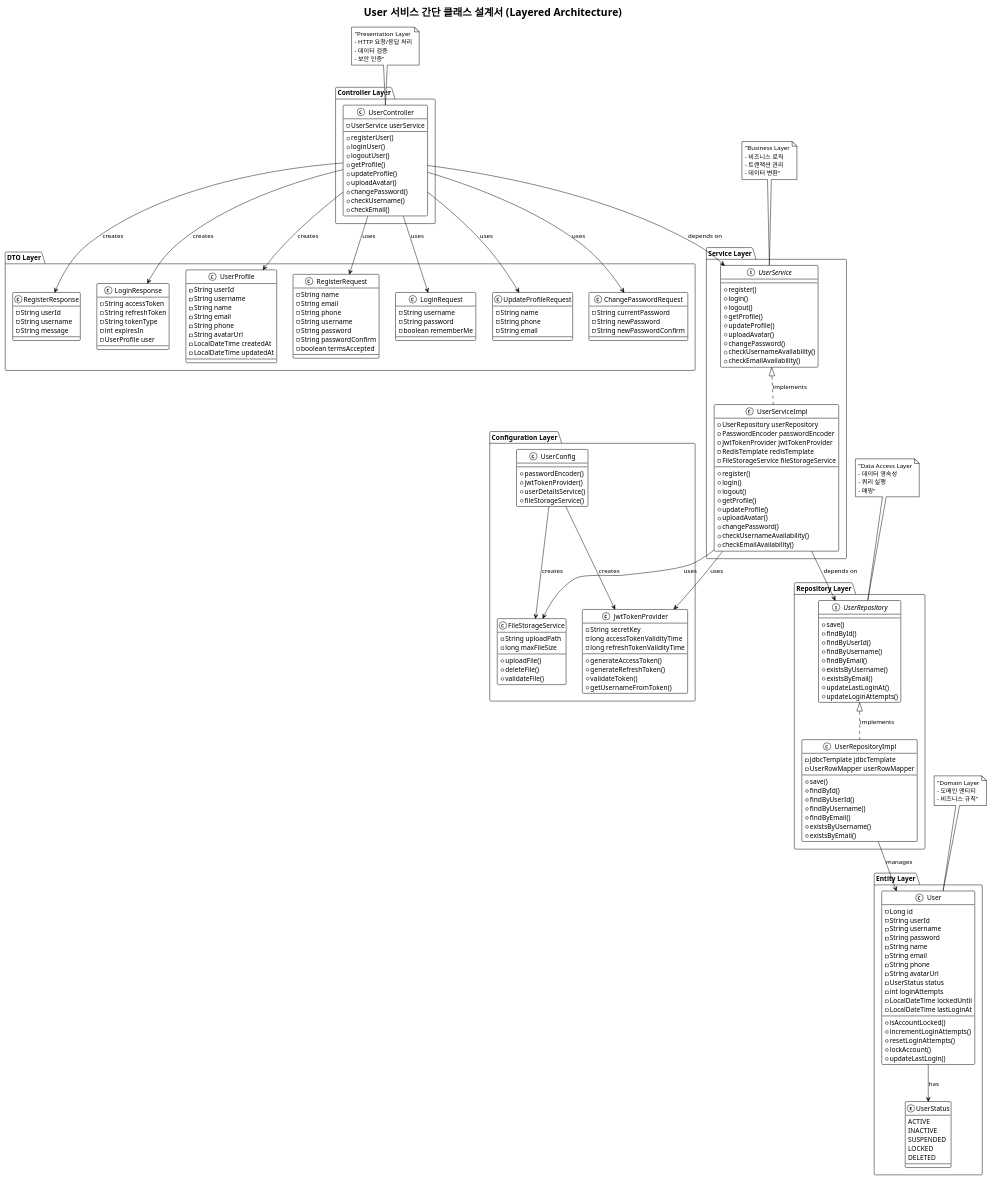
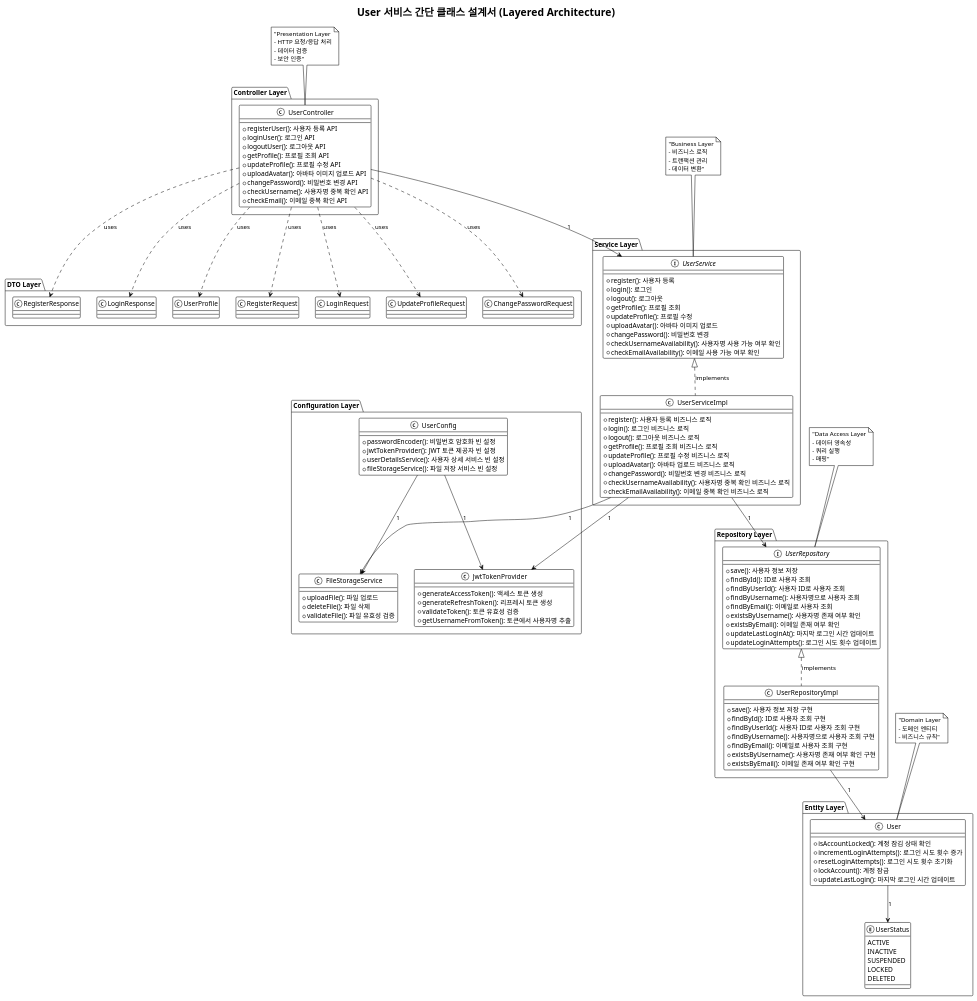
Before and after one commit to cna-bootcamp/tripgen: the diagram in design/backend/class/user-simple.puml, drawn with PlantUML. The commit also changed 4 other files, not shown here.

```diff
--- a/design/backend/class/user-simple.puml
+++ b/design/backend/class/user-simple.puml
@@ -8,95 +8,75 @@
 ' ======================================
 package "Controller Layer" {
     class UserController {
-        -UserService userService
-        +registerUser()
-        +loginUser()
-        +logoutUser()
-        +getProfile()
-        +updateProfile()
-        +uploadAvatar()
-        +changePassword()
-        +checkUsername()
-        +checkEmail()
+        +registerUser(): 사용자 등록 API
+        +loginUser(): 로그인 API
+        +logoutUser(): 로그아웃 API
+        +getProfile(): 프로필 조회 API
+        +updateProfile(): 프로필 수정 API
+        +uploadAvatar(): 아바타 이미지 업로드 API
+        +changePassword(): 비밀번호 변경 API
+        +checkUsername(): 사용자명 중복 확인 API
+        +checkEmail(): 이메일 중복 확인 API
     }
 }
 
 package "Service Layer" {
     interface UserService {
-        +register()
-        +login()
-        +logout()
-        +getProfile()
-        +updateProfile()
-        +uploadAvatar()
-        +changePassword()
-        +checkUsernameAvailability()
-        +checkEmailAvailability()
+        +register(): 사용자 등록
+        +login(): 로그인
+        +logout(): 로그아웃
+        +getProfile(): 프로필 조회
+        +updateProfile(): 프로필 수정
+        +uploadAvatar(): 아바타 이미지 업로드
+        +changePassword(): 비밀번호 변경
+        +checkUsernameAvailability(): 사용자명 사용 가능 여부 확인
+        +checkEmailAvailability(): 이메일 사용 가능 여부 확인
     }
     
     class UserServiceImpl {
-        -UserRepository userRepository
-        -PasswordEncoder passwordEncoder
-        -JwtTokenProvider jwtTokenProvider
-        -RedisTemplate redisTemplate
-        -FileStorageService fileStorageService
-        +register()
-        +login()
-        +logout()
-        +getProfile()
-        +updateProfile()
-        +uploadAvatar()
-        +changePassword()
-        +checkUsernameAvailability()
-        +checkEmailAvailability()
+        +register(): 사용자 등록 비즈니스 로직
+        +login(): 로그인 비즈니스 로직
+        +logout(): 로그아웃 비즈니스 로직
+        +getProfile(): 프로필 조회 비즈니스 로직
+        +updateProfile(): 프로필 수정 비즈니스 로직
+        +uploadAvatar(): 아바타 업로드 비즈니스 로직
+        +changePassword(): 비밀번호 변경 비즈니스 로직
+        +checkUsernameAvailability(): 사용자명 중복 확인 비즈니스 로직
+        +checkEmailAvailability(): 이메일 중복 확인 비즈니스 로직
     }
 }
 
 package "Repository Layer" {
     interface UserRepository {
-        +save()
-        +findById()
-        +findByUserId()
-        +findByUsername()
-        +findByEmail()
-        +existsByUsername()
-        +existsByEmail()
-        +updateLastLoginAt()
-        +updateLoginAttempts()
+        +save(): 사용자 정보 저장
+        +findById(): ID로 사용자 조회
+        +findByUserId(): 사용자 ID로 사용자 조회
+        +findByUsername(): 사용자명으로 사용자 조회
+        +findByEmail(): 이메일로 사용자 조회
+        +existsByUsername(): 사용자명 존재 여부 확인
+        +existsByEmail(): 이메일 존재 여부 확인
+        +updateLastLoginAt(): 마지막 로그인 시간 업데이트
+        +updateLoginAttempts(): 로그인 시도 횟수 업데이트
     }
     
     class UserRepositoryImpl {
-        -JdbcTemplate jdbcTemplate
-        -UserRowMapper userRowMapper
-        +save()
-        +findById()
-        +findByUserId()
-        +findByUsername()
-        +findByEmail()
-        +existsByUsername()
-        +existsByEmail()
+        +save(): 사용자 정보 저장 구현
+        +findById(): ID로 사용자 조회 구현
+        +findByUserId(): 사용자 ID로 사용자 조회 구현
+        +findByUsername(): 사용자명으로 사용자 조회 구현
+        +findByEmail(): 이메일로 사용자 조회 구현
+        +existsByUsername(): 사용자명 존재 여부 확인 구현
+        +existsByEmail(): 이메일 존재 여부 확인 구현
     }
 }
 
 package "Entity Layer" {
     class User {
-        -Long id
-        -String userId
-        -String username
-        -String password
-        -String name
-        -String email
-        -String phone
-        -String avatarUrl
-        -UserStatus status
-        -int loginAttempts
-        -LocalDateTime lockedUntil
-        -LocalDateTime lastLoginAt
-        +isAccountLocked()
-        +incrementLoginAttempts()
-        +resetLoginAttempts()
-        +lockAccount()
-        +updateLastLogin()
+        +isAccountLocked(): 계정 잠김 상태 확인
+        +incrementLoginAttempts(): 로그인 시도 횟수 증가
+        +resetLoginAttempts(): 로그인 시도 횟수 초기화
+        +lockAccount(): 계정 잠금
+        +updateLastLogin(): 마지막 로그인 시간 업데이트
     }
     
     enum UserStatus {
@@ -109,84 +89,40 @@
 }
 
 package "DTO Layer" {
-    class RegisterRequest {
-        -String name
-        -String email
-        -String phone
-        -String username
-        -String password
-        -String passwordConfirm
-        -boolean termsAccepted
-    }
+    class RegisterRequest
     
-    class LoginRequest {
-        -String username
-        -String password
-        -boolean rememberMe
-    }
+    class LoginRequest
     
-    class UpdateProfileRequest {
-        -String name
-        -String phone
-        -String email
-    }
+    class UpdateProfileRequest
     
-    class ChangePasswordRequest {
-        -String currentPassword
-        -String newPassword
-        -String newPasswordConfirm
-    }
+    class ChangePasswordRequest
     
-    class RegisterResponse {
-        -String userId
-        -String username
-        -String message
-    }
+    class RegisterResponse
     
-    class LoginResponse {
-        -String accessToken
-        -String refreshToken
-        -String tokenType
-        -int expiresIn
-        -UserProfile user
-    }
+    class LoginResponse
     
-    class UserProfile {
-        -String userId
-        -String username
-        -String name
-        -String email
-        -String phone
-        -String avatarUrl
-        -LocalDateTime createdAt
-        -LocalDateTime updatedAt
-    }
+    class UserProfile
 }
 
 package "Configuration Layer" {
     class UserConfig {
-        +passwordEncoder()
-        +jwtTokenProvider()
-        +userDetailsService()
-        +fileStorageService()
+        +passwordEncoder(): 비밀번호 암호화 빈 설정
+        +jwtTokenProvider(): JWT 토큰 제공자 빈 설정
+        +userDetailsService(): 사용자 상세 서비스 빈 설정
+        +fileStorageService(): 파일 저장 서비스 빈 설정
     }
     
     class JwtTokenProvider {
-        -String secretKey
-        -long accessTokenValidityTime
-        -long refreshTokenValidityTime
-        +generateAccessToken()
-        +generateRefreshToken()
-        +validateToken()
-        +getUsernameFromToken()
+        +generateAccessToken(): 액세스 토큰 생성
+        +generateRefreshToken(): 리프레시 토큰 생성
+        +validateToken(): 토큰 유효성 검증
+        +getUsernameFromToken(): 토큰에서 사용자명 추출
     }
     
     class FileStorageService {
-        -String uploadPath
-        -long maxFileSize
-        +uploadFile()
-        +deleteFile()
-        +validateFile()
+        +uploadFile(): 파일 업로드
+        +deleteFile(): 파일 삭제
+        +validateFile(): 파일 유효성 검증
     }
 }
 
@@ -195,27 +131,27 @@
 ' ======================================
 
 ' Layer Dependencies (Top to Bottom)
-UserController --> UserService : depends on
+UserController --> UserService : 1
 UserService <|.. UserServiceImpl : implements
-UserServiceImpl --> UserRepository : depends on
+UserServiceImpl --> UserRepository : 1
 UserRepository <|.. UserRepositoryImpl : implements
-UserRepositoryImpl --> User : manages
+UserRepositoryImpl --> User : 1
 
 ' Cross-cutting Dependencies
-UserServiceImpl --> JwtTokenProvider : uses
-UserServiceImpl --> FileStorageService : uses
-UserController --> RegisterRequest : uses
-UserController --> LoginRequest : uses
-UserController --> UpdateProfileRequest : uses
-UserController --> ChangePasswordRequest : uses
-UserController --> RegisterResponse : creates
-UserController --> LoginResponse : creates
-UserController --> UserProfile : creates
+UserServiceImpl --> JwtTokenProvider : 1
+UserServiceImpl --> FileStorageService : 1
+UserController ..> RegisterRequest : uses
+UserController ..> LoginRequest : uses
+UserController ..> UpdateProfileRequest : uses
+UserController ..> ChangePasswordRequest : uses
+UserController ..> RegisterResponse : uses
+UserController ..> LoginResponse : uses
+UserController ..> UserProfile : uses
 
-User --> UserStatus : has
+User --> UserStatus : 1
 
-UserConfig --> JwtTokenProvider : creates
-UserConfig --> FileStorageService : creates
+UserConfig --> JwtTokenProvider : 1
+UserConfig --> FileStorageService : 1
 
 note top of UserController : "Presentation Layer\n- HTTP 요청/응답 처리\n- 데이터 검증\n- 보안 인증"
 
```
